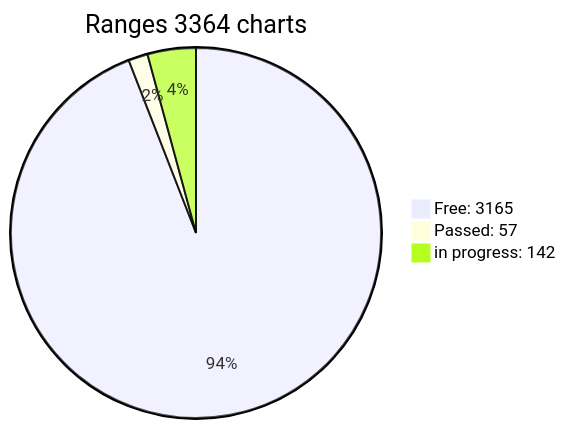
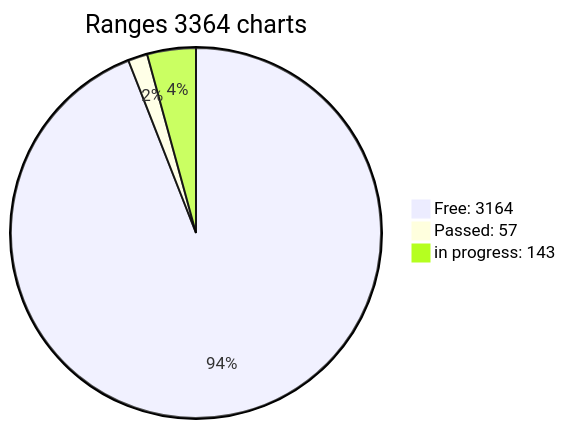
Before and after one commit to jonlloner/wif500: the diagram in x64/Release/table.md, drawn with Mermaid. The commit also changed other lines of this file, not shown here.

````diff
--- a/x64/Release/table.md
+++ b/x64/Release/table.md
@@ -46,6 +47,6 @@
 ```mermaid
 pie title Ranges 3364 charts
-"Free: 3165" : 3165
+"Free: 3164" : 3164
 "Passed: 57" : 57
-"in progress: 142" : 142
+"in progress: 143" : 143
 ```  
````
